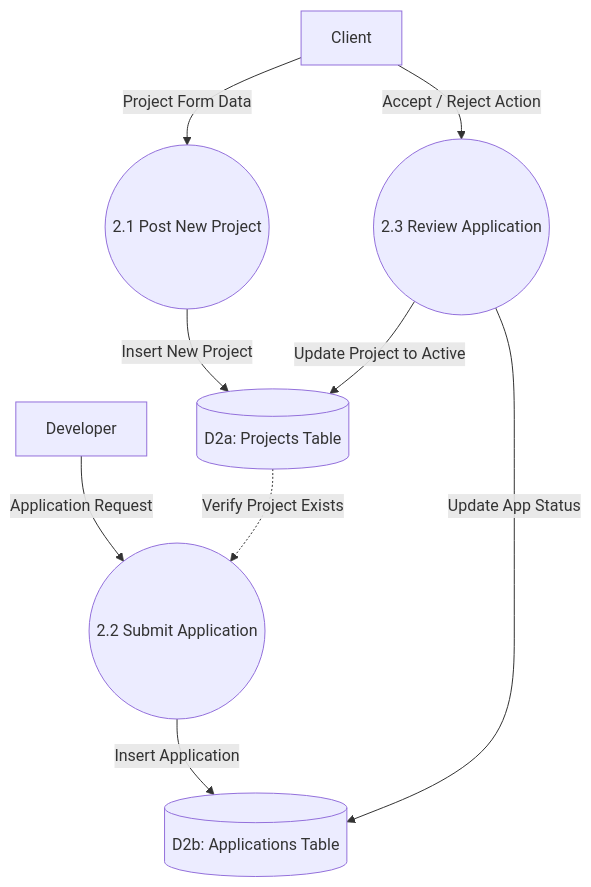
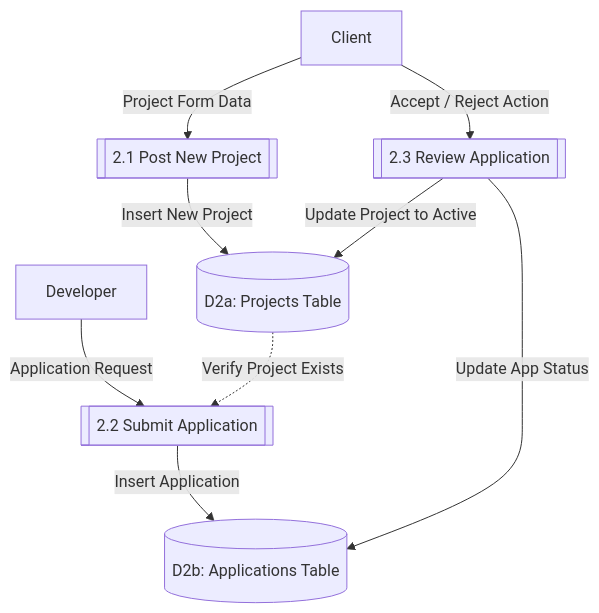
The fourth of 5 diagrams in README.md (qhmed67/ReadmeTest), drawn with Mermaid before and after one commit. The commit also changed other lines of this file, not shown here.

````diff
--- a/README.md
+++ b/README.md
@@ -144,23 +144,23 @@
 ```mermaid
 flowchart TB
     C[Client]
     D[Developer]
 
-    P21((2.1 Post New Project))
-    P22((2.2 Submit Application))
-    P23((2.3 Review Application))
+    P21[[2.1 Post New Project]]
+    P22[[2.2 Submit Application]]
+    P23[[2.3 Review Application]]
 
     D2A[(D2a: Projects Table)]
     D2B[(D2b: Applications Table)]
 
     C -- "Project Form Data" --> P21
     P21 -- "Insert New Project" --> D2A
 
     D -- "Application Request" --> P22
     P22 -- "Insert Application" --> D2B
     D2A -. "Verify Project Exists" .-> P22
 
     C -- "Accept / Reject Action" --> P23
     P23 -- "Update App Status" --> D2B
     P23 -- "Update Project to Active" --> D2A
 ```
````
